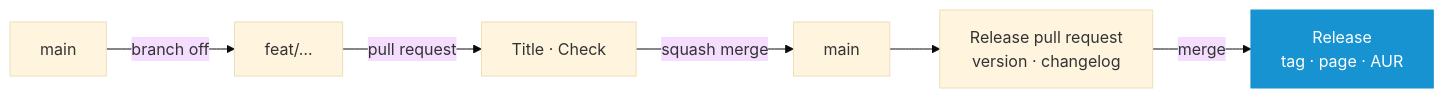
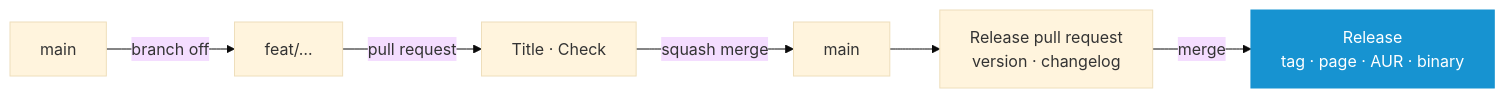
The diagram in docs/CONTRIBUTING.md (murkl/arch-os-manager), drawn with Mermaid (base theme) before and after one commit. The commit also changed other lines of this file and 1 other file, not shown here.

Commit message:
ci: put the binary and its checksum on the release (#73)

````diff
--- a/docs/CONTRIBUTING.md
+++ b/docs/CONTRIBUTING.md
@@ -31,10 +31,10 @@
 ```mermaid
 flowchart LR
     M["main"] -->|branch off| B["feat/…"]
     B -->|pull request| I["Title · Check"]
     I -->|squash merge| M2["main"]
     M2 --> P["Release pull request<br/>version · changelog"]
-    P -->|merge| R["Release<br/>tag · page · AUR"]
+    P -->|merge| R["Release<br/>tag · page · AUR · binary"]
 
     style R fill:#1793d1,stroke:#1793d1,color:#fff
 ```
````
